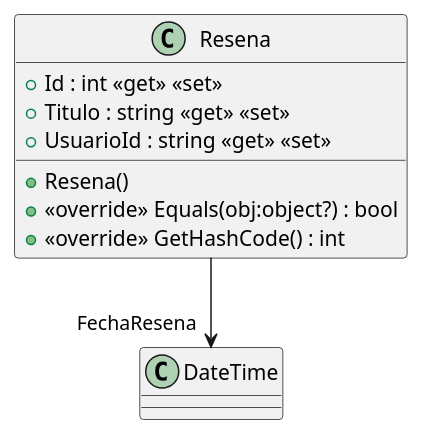
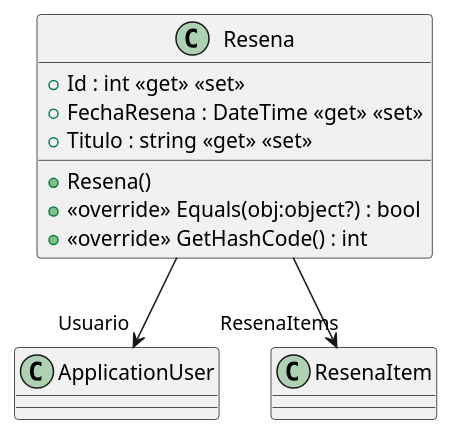
The diagram in src/AppForSEII.API/ClassDiagram/Resena.puml (ISII2627NPA/ISII2627NPA), drawn with PlantUML before and after one commit. The commit also changed 3 other files, not shown here.

Commit message:
Adición del constructor y cambios en las clases que afectan al diagrama UML

```diff
--- a/src/AppForSEII.API/ClassDiagram/Resena.puml
+++ b/src/AppForSEII.API/ClassDiagram/Resena.puml
@@ -1,11 +1,13 @@
 @startuml
 class Resena {
     + Resena()
     + Id : int <<get>> <<set>>
+    + FechaResena : DateTime <<get>> <<set>>
     + Titulo : string <<get>> <<set>>
-    + UsuarioId : string <<get>> <<set>>
     + <<override>> Equals(obj:object?) : bool
     + <<override>> GetHashCode() : int
 }
-Resena --> "FechaResena" DateTime
+
+Resena --> "Usuario" ApplicationUser
+Resena --> "ResenaItems" ResenaItem     
 @enduml
```
